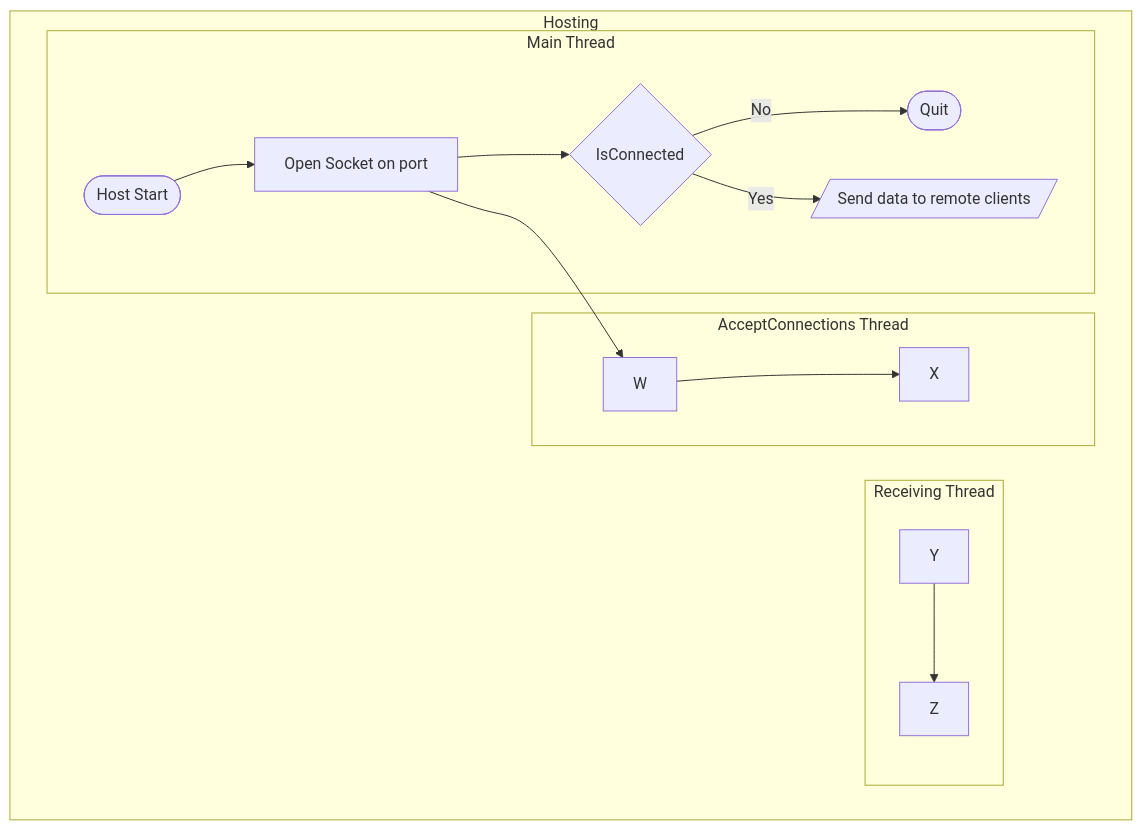
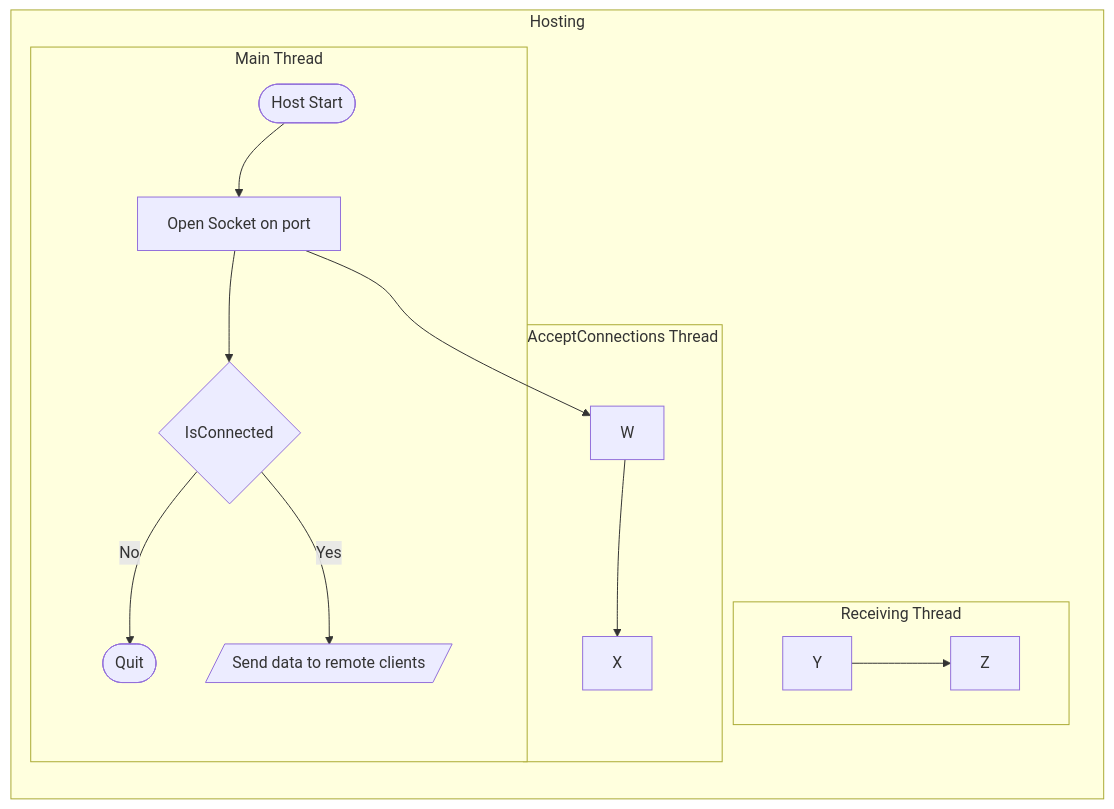
Before and after one commit to GMcMichael/ThornNetworking: the diagram in README.md, drawn with Mermaid.

````diff
--- a/README.md
+++ b/README.md
@@ -1,20 +1,19 @@
 ```mermaid
-flowchart TB
+flowchart LR
   subgraph Hosting
-    direction LR
     mt ~~~ act ~~~ rt
     subgraph mt [Main Thread]
       A([Host Start])-->B[Open Socket on port]
       B-->D{IsConnected}
       D-- No -->E([Quit])
       D-- Yes -->F[/Send data to remote clients/]
     end
     subgraph act [AcceptConnections Thread]
       B-->W
       W-->X
     end
     subgraph rt [Receiving Thread]
       Y-->Z
     end
   end
 ```
````
